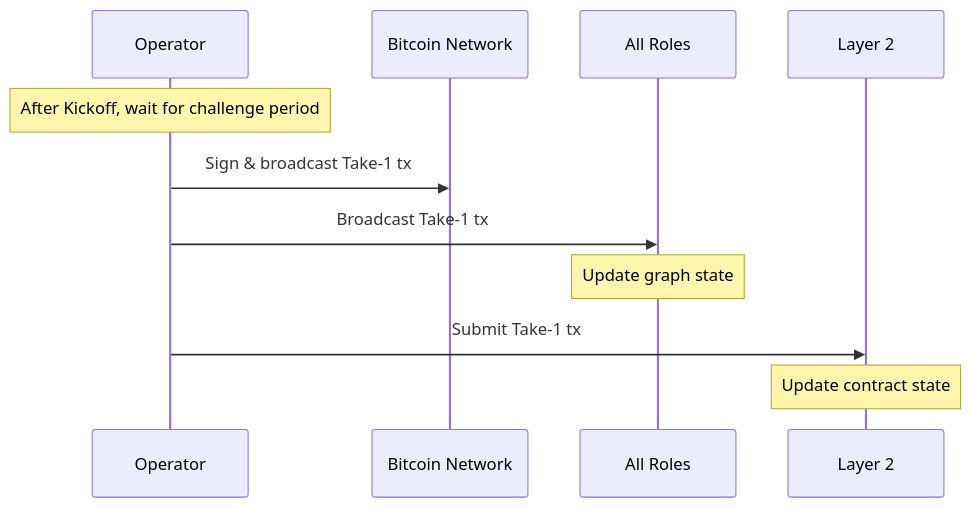
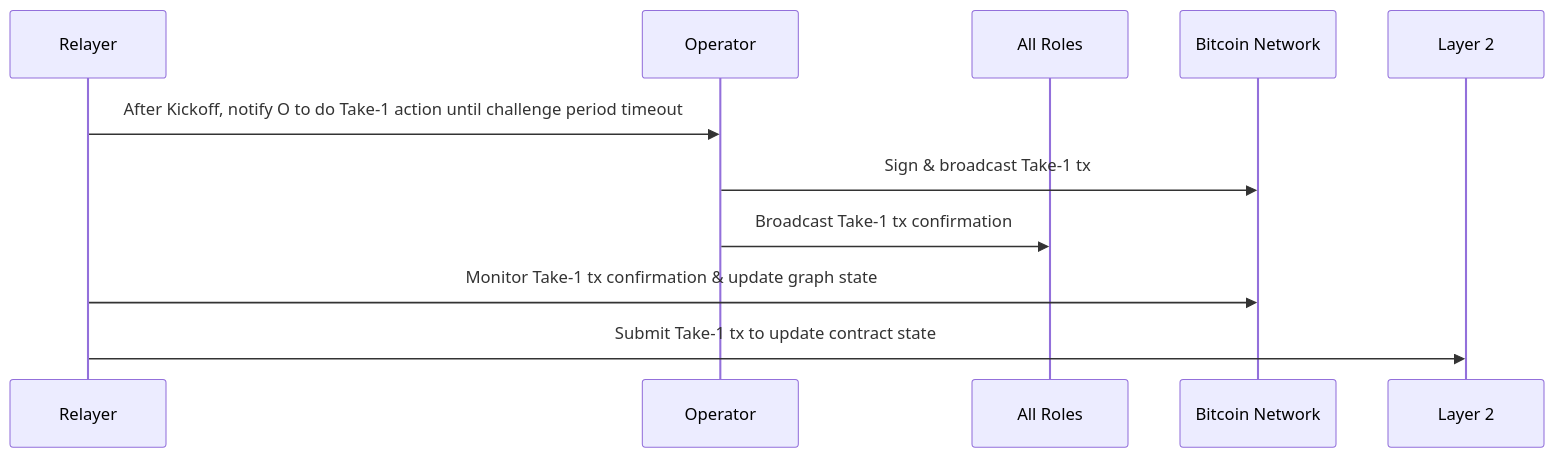
One commit to jackDev221/bitvm2-node changed the third of 4 diagrams in README.md. Above: the diagram before and after it, drawn with Mermaid. The commit also changed other lines of this file, not shown here.

````diff
--- a/README.md
+++ b/README.md
@@ -63,14 +76,14 @@
 ```mermaid
 sequenceDiagram
+    participant R as Relayer
     participant O as Operator
+    participant A as All Roles
     participant B as Bitcoin Network
-    participant A as All Roles
     participant L2 as Layer 2
 
-    Note over O: After Kickoff, wait for challenge period
+    R->>O: After Kickoff, notify O to do Take-1 action until challenge period timeout
     O->>B: Sign & broadcast Take-1 tx
-    O->>A: Broadcast Take-1 tx
-    Note over A: Update graph state
-    O->>L2: Submit Take-1 tx
-    Note over L2: Update contract state
+    O->>A: Broadcast Take-1 tx confirmation
+    R->>B: Monitor Take-1 tx confirmation & update graph state
+    R->>L2: Submit Take-1 tx to update contract state
 ```
````
